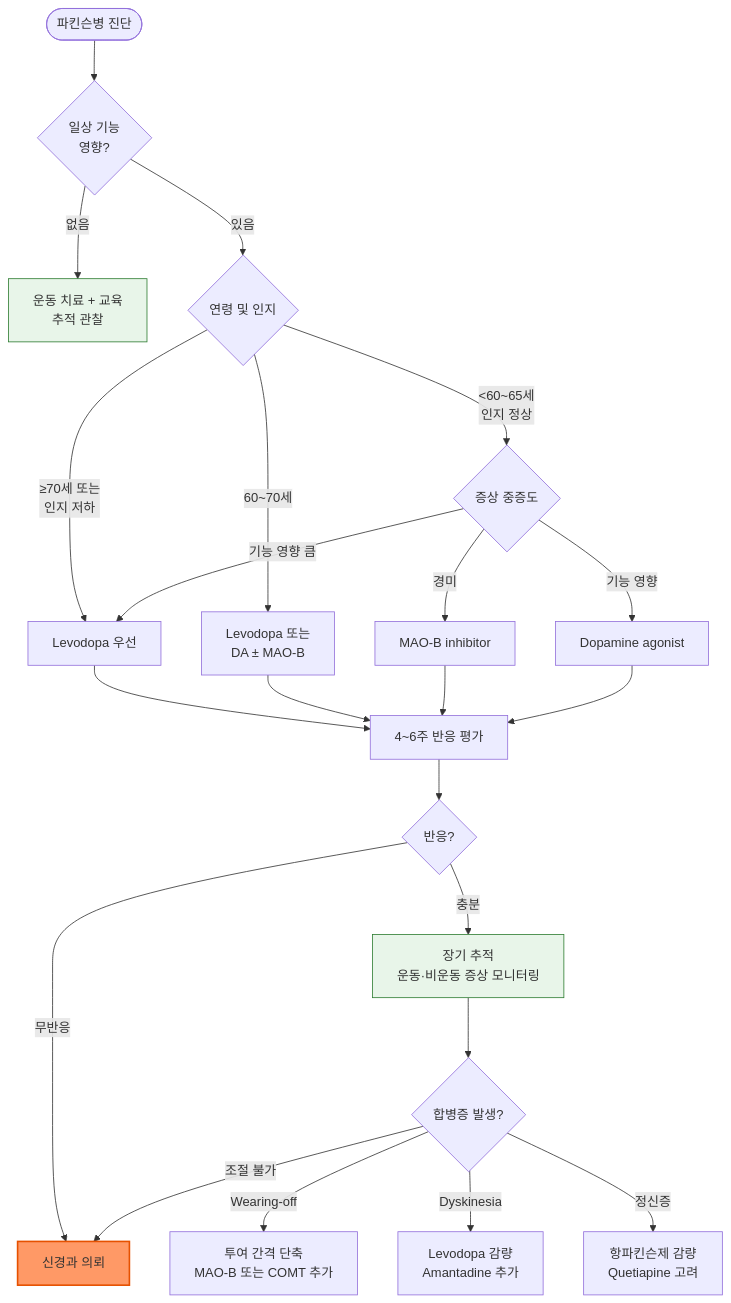
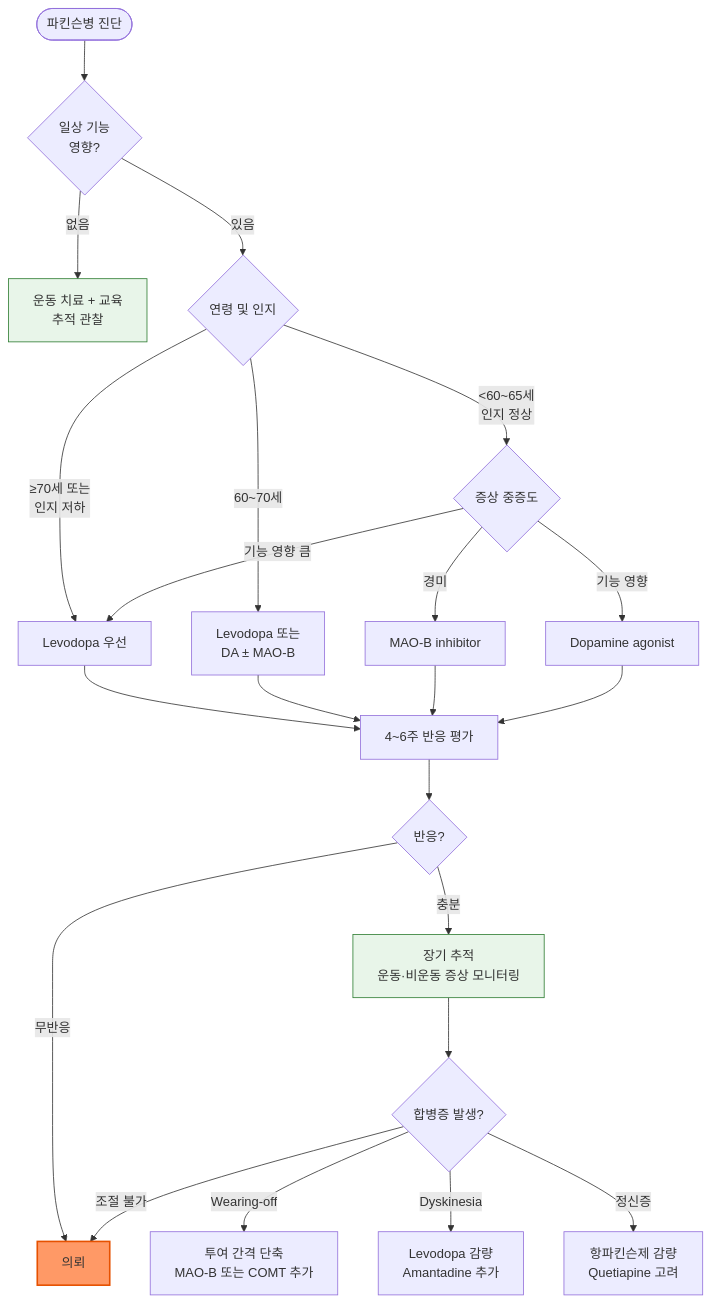
The second of 2 diagrams in 221_/035_-parkinsons-disease.md (familyoh77/familyoh77), drawn with Mermaid before and after one commit. The commit also changed other lines of this file, not shown here.

Commit message:
GITBOOK-725: No subject

````diff
--- a/221_/035_-parkinsons-disease.md
+++ b/221_/035_-parkinsons-disease.md
@@ -228,28 +226,28 @@
 ```mermaid
 graph TD
-    A([파킨슨병 진단]) --> B{일상 기능\n영향?}
-    B -->|없음| C[운동 치료 + 교육\n추적 관찰]
+    A([파킨슨병 진단]) --> B{일상 기능<br/>영향?}
+    B -->|없음| C[운동 치료 + 교육<br/>추적 관찰]
     B -->|있음| D{연령 및 인지}
-    D -->|≥70세 또는\n인지 저하| E[Levodopa 우선]
-    D -->|60~70세| F[Levodopa 또는\nDA ± MAO-B]
-    D -->|<60~65세\n인지 정상| G{증상 중증도}
+    D -->|≥70세 또는<br/>인지 저하| E[Levodopa 우선]
+    D -->|60~70세| F[Levodopa 또는<br/>DA ± MAO-B]
+    D -->|<60~65세<br/>인지 정상| G{증상 중증도}
     G -->|경미| H[MAO-B inhibitor]
     G -->|기능 영향| I[Dopamine agonist]
     G -->|기능 영향 큼| E
     E --> J[4~6주 반응 평가]
     F --> J
     H --> J
     I --> J
     J --> K{반응?}
-    K -->|무반응| L[신경과 의뢰]
-    K -->|충분| M[장기 추적\n운동·비운동 증상 모니터링]
+    K -->|무반응| L[의뢰]
+    K -->|충분| M[장기 추적<br/>운동·비운동 증상 모니터링]
     M --> N{합병증 발생?}
-    N -->|Wearing-off| O[투여 간격 단축\nMAO-B 또는 COMT 추가]
-    N -->|Dyskinesia| P[Levodopa 감량\nAmantadine 추가]
-    N -->|정신증| Q[항파킨슨제 감량\nQuetiapine 고려]
+    N -->|Wearing-off| O[투여 간격 단축<br/>MAO-B 또는 COMT 추가]
+    N -->|Dyskinesia| P[Levodopa 감량<br/>Amantadine 추가]
+    N -->|정신증| Q[항파킨슨제 감량<br/>Quetiapine 고려]
     N -->|조절 불가| L
 
     style L fill:#f96,stroke:#e65100,stroke-width:2px
     style C fill:#e8f5e9,stroke:#2e7d32,stroke-width:1px
     style M fill:#e8f5e9,stroke:#2e7d32,stroke-width:1px
 ```
````
